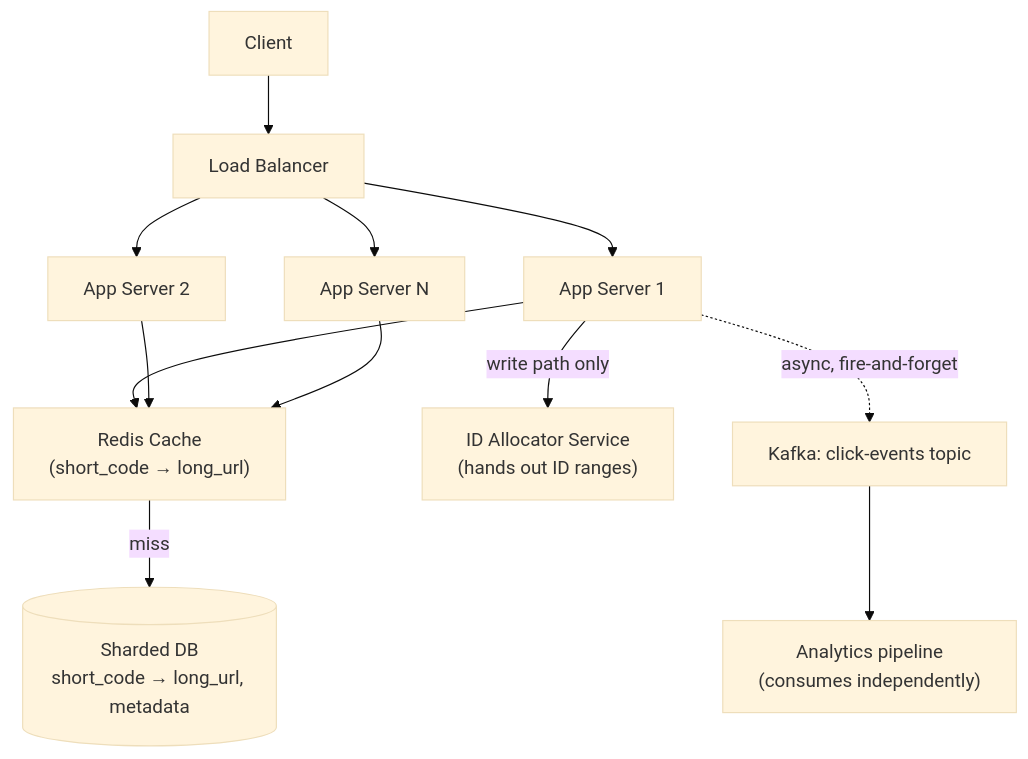
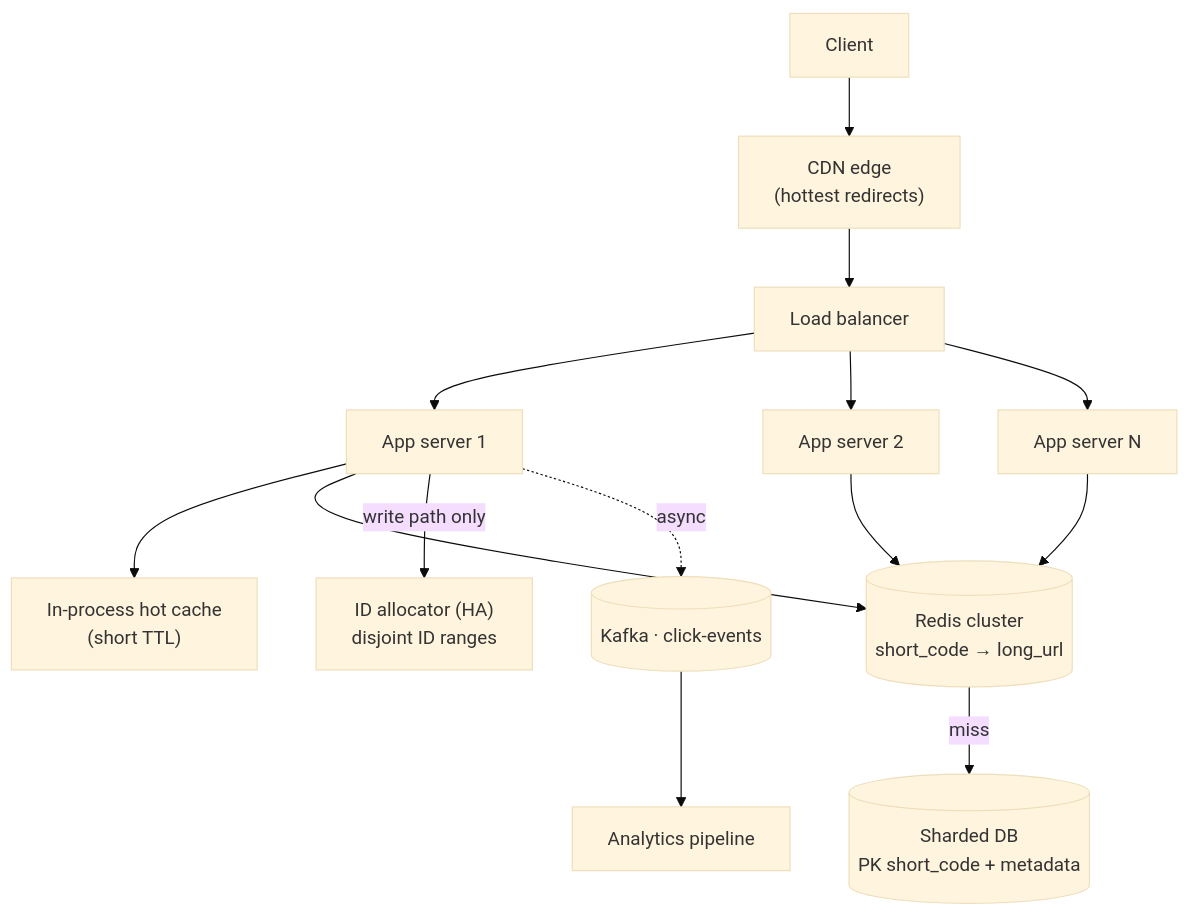
One commit to tarosh3/obsidian changed the seventh of 9 diagrams in System Design/HLD/01 - Design TinyURL (URL Shortener)/Design TinyURL.md. Above: the diagram before and after it, drawn with Mermaid (base theme). The commit also changed other lines of this file and 30 other files, not shown here.

````diff
--- a/System Design/HLD/01 - Design TinyURL (URL Shortener)/Design TinyURL.md
+++ b/System Design/HLD/01 - Design TinyURL (URL Shortener)/Design TinyURL.md
@@ -192,17 +444,18 @@
 ```mermaid
-graph TD
-    Client["Client"] --> LB["Load Balancer"]
-    LB --> App1["App Server 1"]
-    LB --> App2["App Server 2"]
-    LB --> App3["App Server N"]
+flowchart TD
+    C["Client"] --> CDN["CDN edge<br/>(hottest redirects)"]
+    CDN --> LB["Load balancer"]
+    LB --> A1["App server 1"]
+    LB --> A2["App server 2"]
+    LB --> A3["App server N"]
 
-    App1 --> Cache["Redis Cache<br/>(short_code → long_url)"]
-    App2 --> Cache
-    App3 --> Cache
+    A1 --> LOCAL["In-process hot cache<br/>(short TTL)"]
+    A1 --> R[("Redis cluster<br/>short_code → long_url")]
+    A2 --> R
+    A3 --> R
+    R -->|miss| DB[("Sharded DB<br/>PK short_code + metadata")]
 
-    Cache -->|miss| DB[("Sharded DB<br/>short_code → long_url, metadata")]
-    App1 -->|write path only| IDGen["ID Allocator Service<br/>(hands out ID ranges)"]
-
-    App1 -.->|async, fire-and-forget| Kafka["Kafka: click-events topic"]
-    Kafka --> Analytics["Analytics pipeline<br/>(consumes independently)"]
+    A1 -->|write path only| IDG["ID allocator (HA)<br/>disjoint ID ranges"]
+    A1 -.->|async| K[("Kafka · click-events")]
+    K --> AN["Analytics pipeline"]
 ```
````
